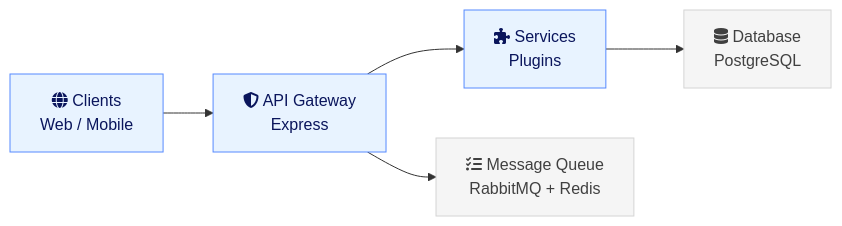
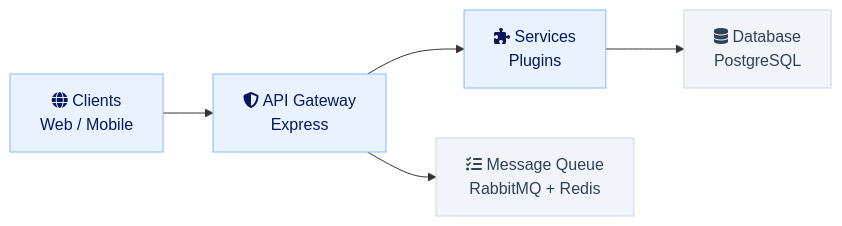
Before and after one commit to hay-chat/hay-docs: the first of 2 diagrams in technical/architecture.md, drawn with Mermaid. The commit also changed other lines of this file and 1 other file, not shown here.

Commit message:
Use semantic classes for diagram colours
Replace inline `style` fills with classDefs (primary, muted, decision,
success, warning, danger) so the docs site can recolour diagrams for its
light and dark themes. The classDefs stay in each diagram so GitHub still
renders colour. Swap the Pro-only fa-browser icon for fa-display.

Claude-Session: https://claude.ai/code/session_015AWQ4BThSxJyj4RpSsNE2E

````diff
--- a/technical/architecture.md
+++ b/technical/architecture.md
@@ -16,18 +16,17 @@
 ```mermaid
 graph LR
   Clients["fa:fa-globe Clients<br/>Web / Mobile"]
   Gateway["fa:fa-shield-halved API Gateway<br/>Express"]
   Services["fa:fa-puzzle-piece Services<br/>Plugins"]
   Queue["fa:fa-list-check Message Queue<br/>RabbitMQ + Redis"]
   DB["fa:fa-database Database<br/>PostgreSQL"]
 
   Clients --> Gateway --> Services
   Gateway --> Queue
   Services --> DB
 
-  style Clients fill:#e8f3ff,stroke:#568aff,color:#0a155c
-  style Gateway fill:#e8f3ff,stroke:#568aff,color:#0a155c
-  style Services fill:#e8f3ff,stroke:#568aff,color:#0a155c
-  style Queue fill:#f5f5f5,stroke:#d4d4d4,color:#404040
-  style DB fill:#f5f5f5,stroke:#d4d4d4,color:#404040
+  classDef primary fill:#e8f3ff,stroke:#85b7ff,color:#0a155c
+  classDef muted fill:#f1f5f9,stroke:#cad5e2,color:#314158
+  class Clients,Gateway,Services primary
+  class Queue,DB muted
 ```
````
